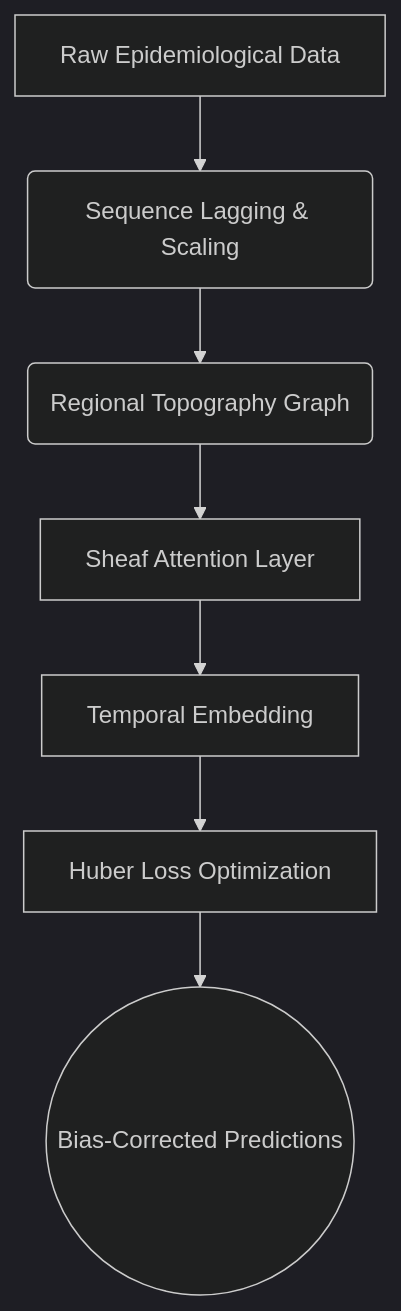
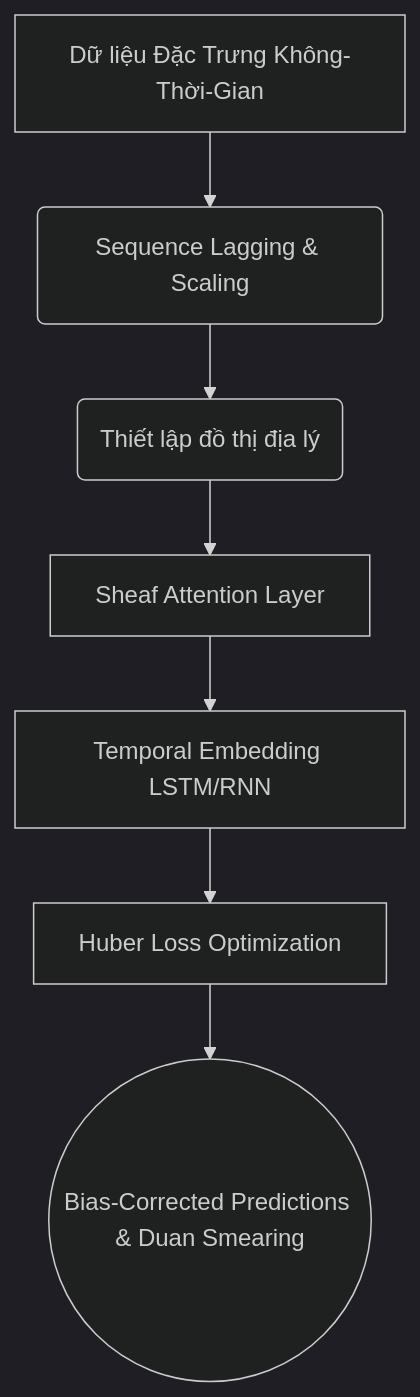
Before and after one commit to danielhuynh-04/Sheaf-Attention-Networks-in-forecasting-Dengue-fever-in-Brazil.: the fourth of 4 diagrams in README.md, drawn with Mermaid (dark theme). The commit also changed other lines of this file, not shown here.

Commit message:
docs: vividly illustrate all GNN variants visually with mermaid graphs

````diff
--- a/README.md
+++ b/README.md
@@ -45,9 +89,9 @@
 ```mermaid
 graph TD
-    A[Raw Epidemiological Data] --> B(Sequence Lagging & Scaling)
-    B --> C(Regional Topography Graph)
+    A[Dữ liệu Đặc Trưng Không-Thời-Gian] --> B(Sequence Lagging & Scaling)
+    B --> C(Thiết lập đồ thị địa lý)
     C --> D[Sheaf Attention Layer]
-    D --> E[Temporal Embedding]
+    D --> E[Temporal Embedding LSTM/RNN]
     E --> F[Huber Loss Optimization]
-    F --> G((Bias-Corrected Predictions))
+    F --> G((Bias-Corrected Predictions & Duan Smearing))
 ```
````
